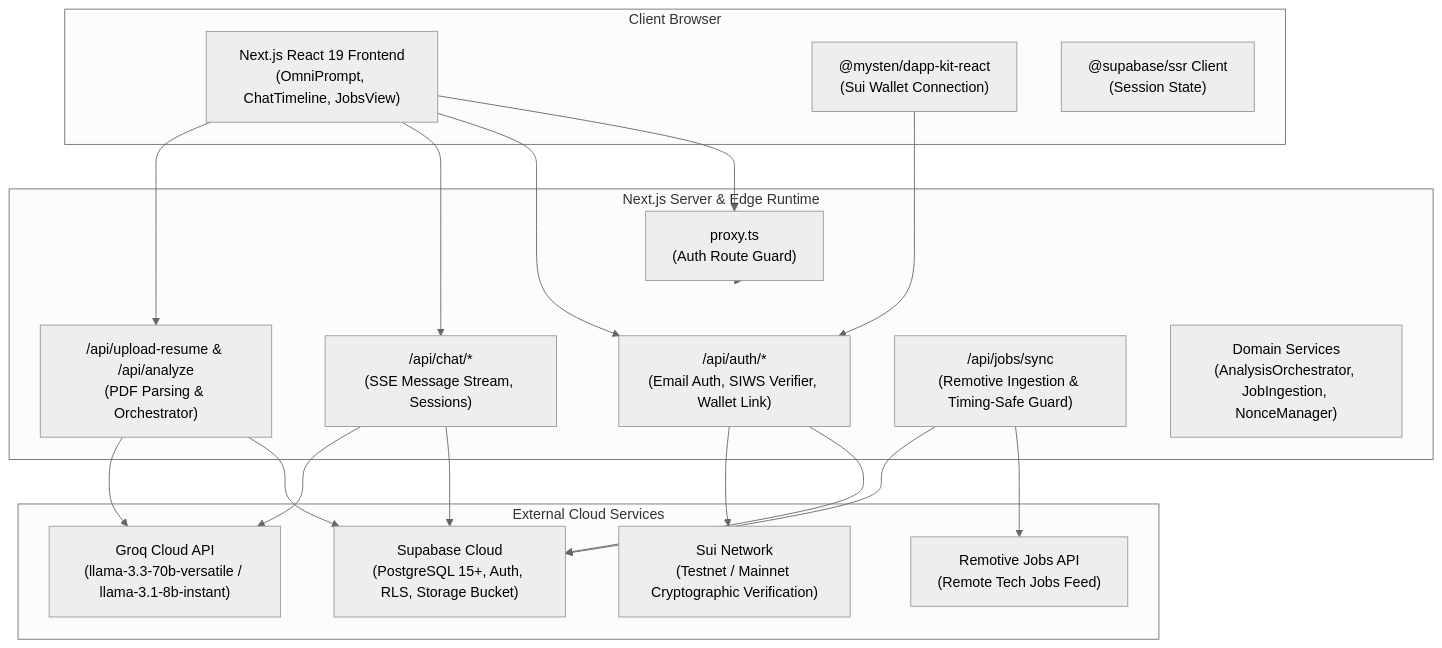
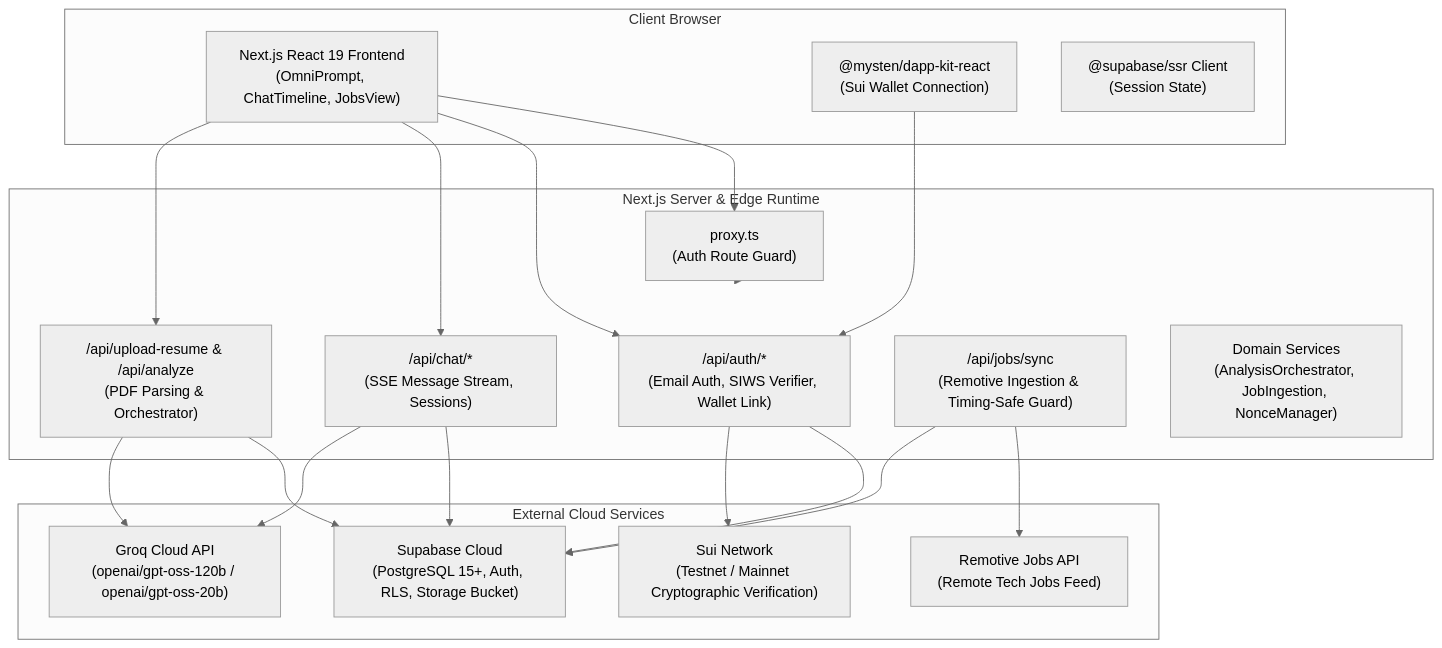
One commit to DafinCi/Finder changed the first of 2 diagrams in docs/architecture/system-architecture.md. Above: the diagram before and after it, drawn with Mermaid (neutral theme). The commit also changed other lines of this file and 5 other files, not shown here.

Commit message:
feat: Add feature request and question templates to issue tracker; enhance architecture and vision documentation

````diff
--- a/docs/architecture/system-architecture.md
+++ b/docs/architecture/system-architecture.md
@@ -9,40 +9,40 @@
 ```mermaid
 flowchart TD
     subgraph Client ["Client Browser"]
         UI["Next.js React 19 Frontend<br>(OmniPrompt, ChatTimeline, JobsView)"]
         WalletKit["@mysten/dapp-kit-react<br>(Sui Wallet Connection)"]
         SupabaseBrowser["@supabase/ssr Client<br>(Session State)"]
     end
 
     subgraph NextServer ["Next.js Server & Edge Runtime"]
         Middleware["proxy.ts<br>(Auth Route Guard)"]
         AuthRoutes["/api/auth/*<br>(Email Auth, SIWS Verifier, Wallet Link)"]
         ChatRoutes["/api/chat/*<br>(SSE Message Stream, Sessions)"]
         AnalysisRoutes["/api/upload-resume & /api/analyze<br>(PDF Parsing & Orchestrator)"]
         SyncRoute["/api/jobs/sync<br>(Remotive Ingestion & Timing-Safe Guard)"]
         DomainServices["Domain Services<br>(AnalysisOrchestrator, JobIngestion, NonceManager)"]
     end
 
     subgraph ExternalServices ["External Cloud Services"]
         Supabase["Supabase Cloud<br>(PostgreSQL 15+, Auth, RLS, Storage Bucket)"]
-        Groq["Groq Cloud API<br>(llama-3.3-70b-versatile / llama-3.1-8b-instant)"]
+        Groq["Groq Cloud API<br>(openai/gpt-oss-120b / openai/gpt-oss-20b)"]
         Remotive["Remotive Jobs API<br>(Remote Tech Jobs Feed)"]
         SuiNetwork["Sui Network<br>(Testnet / Mainnet Cryptographic Verification)"]
     end
 
     UI --> Middleware
     Middleware --> NextServer
     UI --> AuthRoutes
     UI --> ChatRoutes
     UI --> AnalysisRoutes
     WalletKit --> AuthRoutes
 
     AuthRoutes --> Supabase
     AuthRoutes --> SuiNetwork
     ChatRoutes --> Supabase
     ChatRoutes --> Groq
     AnalysisRoutes --> Supabase
     AnalysisRoutes --> Groq
     SyncRoute --> Remotive
     SyncRoute --> Supabase
 ```
````
